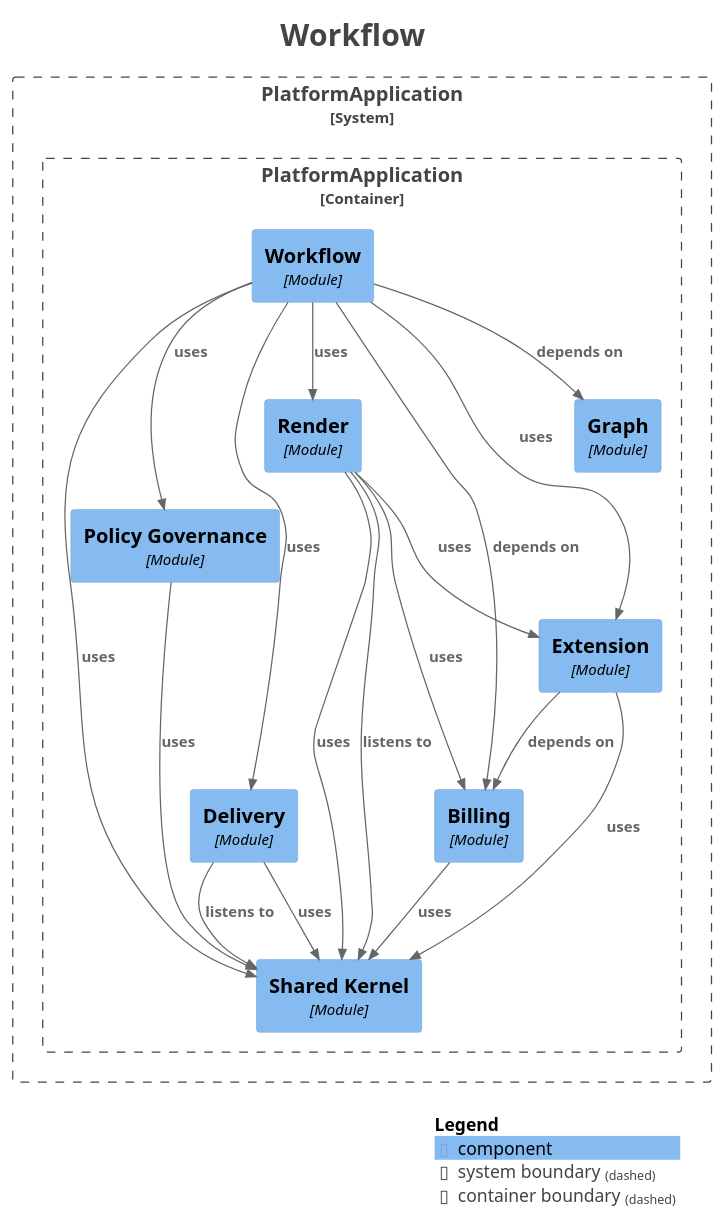
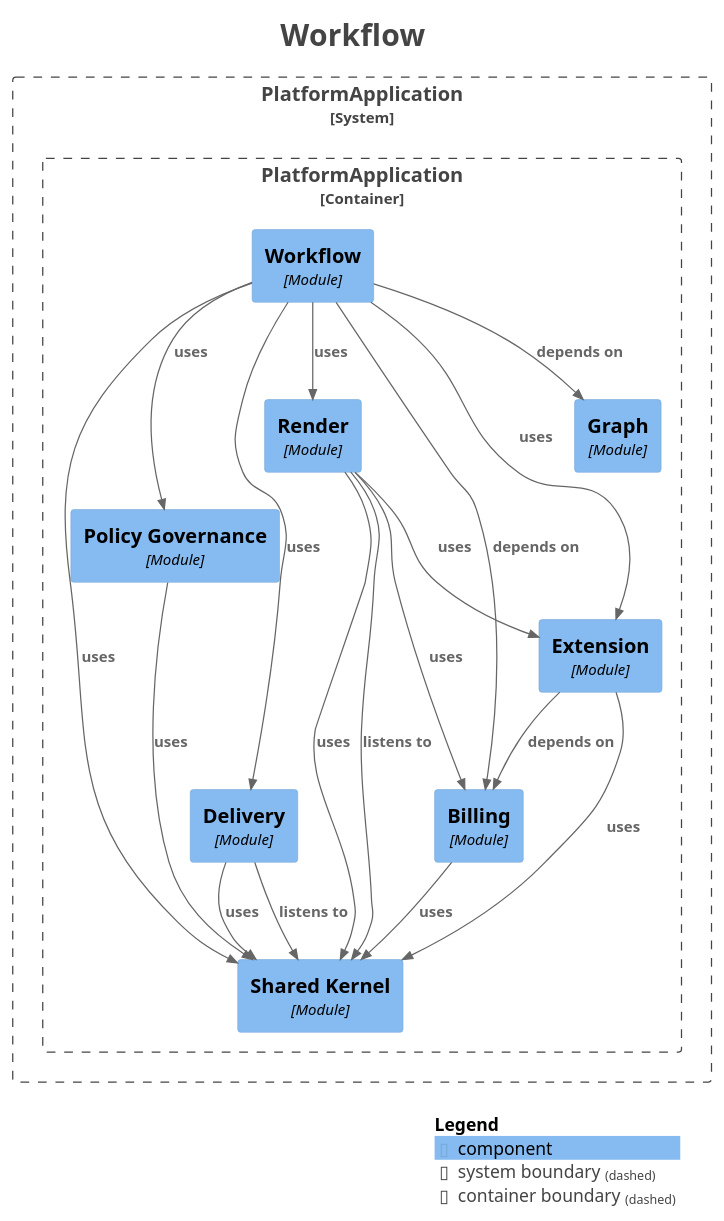
The diagram in platform-app/docs/architecture/maps/generated/modulith/module-workflow.puml (shangxq007/media-platform), drawn with PlantUML before and after one commit. The commit also changed other lines of this file and 62 other files, not shown here.

```diff
--- a/platform-app/docs/architecture/maps/generated/modulith/module-workflow.puml
+++ b/platform-app/docs/architecture/maps/generated/modulith/module-workflow.puml
@@ -1,52 +1,52 @@
 @startuml
 title <size:24>Workflow</size>
 
 set separator none
 top to bottom direction
 
 <style>
   root {
     BackgroundColor: #ffffff
     FontColor: #444444
   }
 </style>
 
 !include <C4/C4>
 !include <C4/C4_Context>
 !include <C4/C4_Component>
 
 System_Boundary("PlatformApplication_boundary", "PlatformApplication", $tags="") {
   Container_Boundary("PlatformApplication.PlatformApplication_boundary", "PlatformApplication", $tags="") {
     Component(PlatformApplication.PlatformApplication.SharedKernel, "Shared Kernel", $techn="Module", $descr="", $tags="", $link="")
     Component(PlatformApplication.PlatformApplication.PolicyGovernance, "Policy Governance", $techn="Module", $descr="", $tags="", $link="")
     Component(PlatformApplication.PlatformApplication.Billing, "Billing", $techn="Module", $descr="", $tags="", $link="")
     Component(PlatformApplication.PlatformApplication.Delivery, "Delivery", $techn="Module", $descr="", $tags="", $link="")
     Component(PlatformApplication.PlatformApplication.Extension, "Extension", $techn="Module", $descr="", $tags="", $link="")
     Component(PlatformApplication.PlatformApplication.Render, "Render", $techn="Module", $descr="", $tags="", $link="")
     Component(PlatformApplication.PlatformApplication.Workflow, "Workflow", $techn="Module", $descr="", $tags="", $link="")
     Component(PlatformApplication.PlatformApplication.Graph, "Graph", $techn="Module", $descr="", $tags="", $link="")
   }
 
 }
 
-Rel(PlatformApplication.PlatformApplication.Delivery, PlatformApplication.PlatformApplication.SharedKernel, "uses", $techn="", $tags="", $link="")
-Rel(PlatformApplication.PlatformApplication.Billing, PlatformApplication.PlatformApplication.SharedKernel, "uses", $techn="", $tags="", $link="")
 Rel(PlatformApplication.PlatformApplication.Workflow, PlatformApplication.PlatformApplication.Graph, "depends on", $techn="", $tags="", $link="")
 Rel(PlatformApplication.PlatformApplication.Workflow, PlatformApplication.PlatformApplication.Billing, "depends on", $techn="", $tags="", $link="")
 Rel(PlatformApplication.PlatformApplication.Workflow, PlatformApplication.PlatformApplication.Render, "uses", $techn="", $tags="", $link="")
 Rel(PlatformApplication.PlatformApplication.Workflow, PlatformApplication.PlatformApplication.SharedKernel, "uses", $techn="", $tags="", $link="")
 Rel(PlatformApplication.PlatformApplication.Workflow, PlatformApplication.PlatformApplication.PolicyGovernance, "uses", $techn="", $tags="", $link="")
 Rel(PlatformApplication.PlatformApplication.Workflow, PlatformApplication.PlatformApplication.Delivery, "uses", $techn="", $tags="", $link="")
 Rel(PlatformApplication.PlatformApplication.Workflow, PlatformApplication.PlatformApplication.Extension, "uses", $techn="", $tags="", $link="")
+Rel(PlatformApplication.PlatformApplication.PolicyGovernance, PlatformApplication.PlatformApplication.SharedKernel, "uses", $techn="", $tags="", $link="")
+Rel(PlatformApplication.PlatformApplication.Delivery, PlatformApplication.PlatformApplication.SharedKernel, "listens to", $techn="", $tags="", $link="")
+Rel(PlatformApplication.PlatformApplication.Delivery, PlatformApplication.PlatformApplication.SharedKernel, "uses", $techn="", $tags="", $link="")
+Rel(PlatformApplication.PlatformApplication.Extension, PlatformApplication.PlatformApplication.Billing, "depends on", $techn="", $tags="", $link="")
+Rel(PlatformApplication.PlatformApplication.Extension, PlatformApplication.PlatformApplication.SharedKernel, "uses", $techn="", $tags="", $link="")
 Rel(PlatformApplication.PlatformApplication.Render, PlatformApplication.PlatformApplication.SharedKernel, "listens to", $techn="", $tags="", $link="")
 Rel(PlatformApplication.PlatformApplication.Render, PlatformApplication.PlatformApplication.SharedKernel, "uses", $techn="", $tags="", $link="")
 Rel(PlatformApplication.PlatformApplication.Render, PlatformApplication.PlatformApplication.Billing, "uses", $techn="", $tags="", $link="")
 Rel(PlatformApplication.PlatformApplication.Render, PlatformApplication.PlatformApplication.Extension, "uses", $techn="", $tags="", $link="")
-Rel(PlatformApplication.PlatformApplication.Extension, PlatformApplication.PlatformApplication.Billing, "depends on", $techn="", $tags="", $link="")
-Rel(PlatformApplication.PlatformApplication.Extension, PlatformApplication.PlatformApplication.SharedKernel, "uses", $techn="", $tags="", $link="")
-Rel(PlatformApplication.PlatformApplication.PolicyGovernance, PlatformApplication.PlatformApplication.SharedKernel, "uses", $techn="", $tags="", $link="")
-Rel(PlatformApplication.PlatformApplication.Delivery, PlatformApplication.PlatformApplication.SharedKernel, "listens to", $techn="", $tags="", $link="")
+Rel(PlatformApplication.PlatformApplication.Billing, PlatformApplication.PlatformApplication.SharedKernel, "uses", $techn="", $tags="", $link="")
 
 SHOW_LEGEND(true)
 hide stereotypes
 @enduml
```
